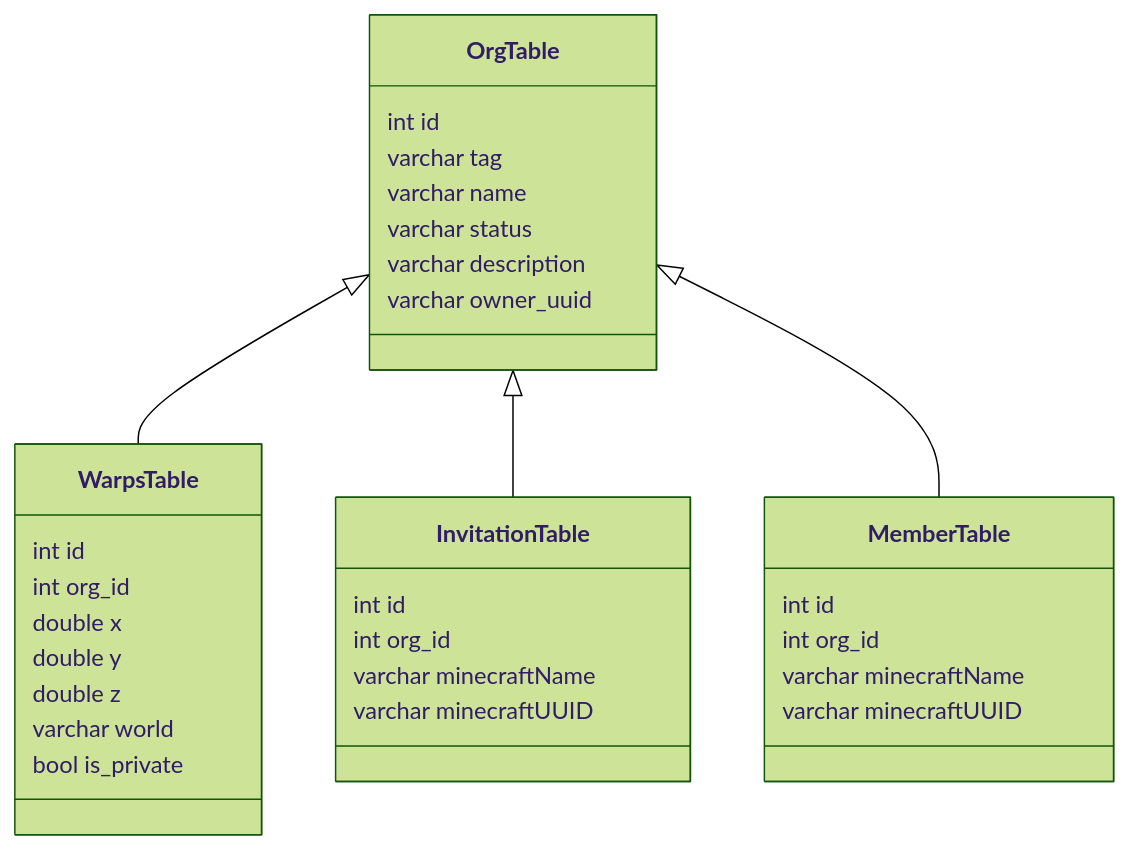
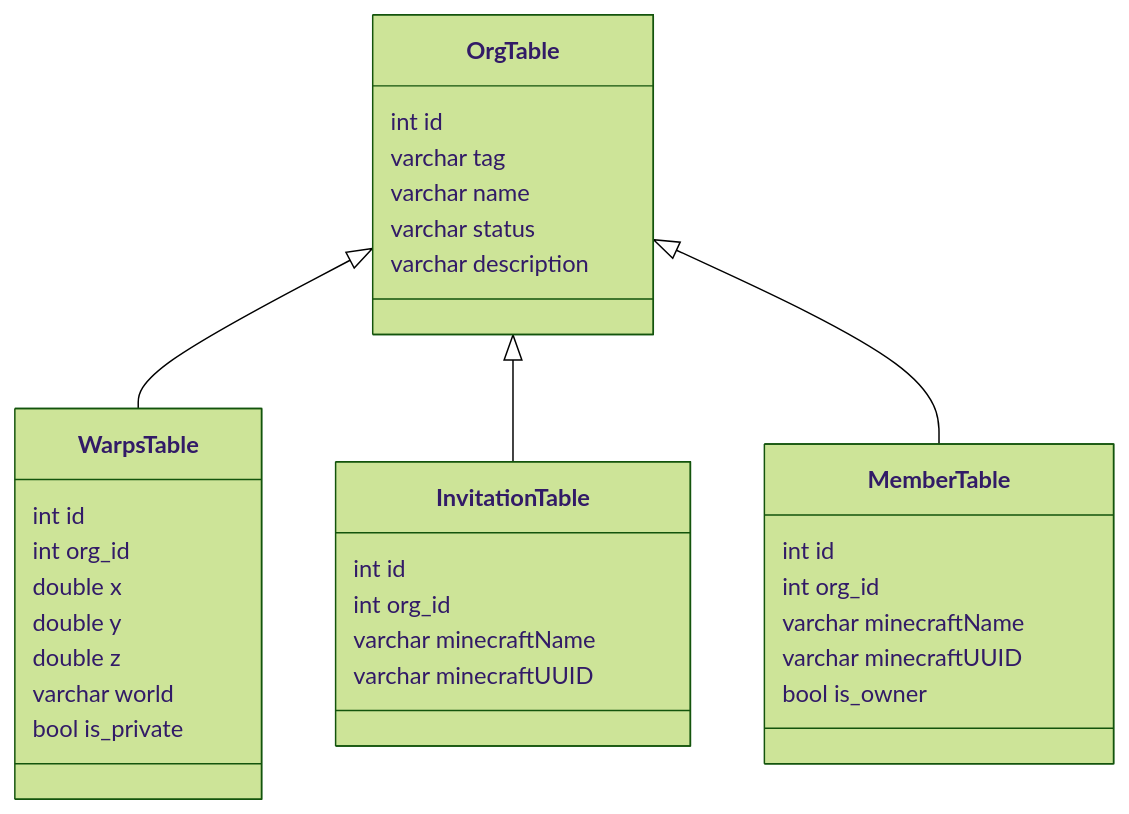
One commit to Astra-Interactive/KapitalystiK changed the diagram in docs/DB.MD. Above: the diagram before and after it, drawn with Mermaid (forest theme). The commit also changed 17 other files, not shown here.

Commit message:
changed db schema

````diff
--- a/docs/DB.MD
+++ b/docs/DB.MD
@@ -2,38 +2,38 @@
 ```mermaid
 classDiagram
 OrgTable <|-- WarpsTable
 OrgTable <|-- InvitationTable 
 OrgTable <|-- MemberTable 
 class OrgTable {
     int id
     varchar tag
-    varchar name
+    varchar name    
     varchar status
     varchar description
-    varchar owner_uuid
 }
 
 class WarpsTable {
     int id
     int org_id
     double x
     double y
     double z 
     varchar world
     bool is_private
 }
 
 class InvitationTable {
     int id
     int org_id 
     varchar minecraftName
     varchar minecraftUUID
 }
 
 class MemberTable {
     int id
     int org_id
     varchar minecraftName
     varchar minecraftUUID
+    bool is_owner
 }
 ```
````
